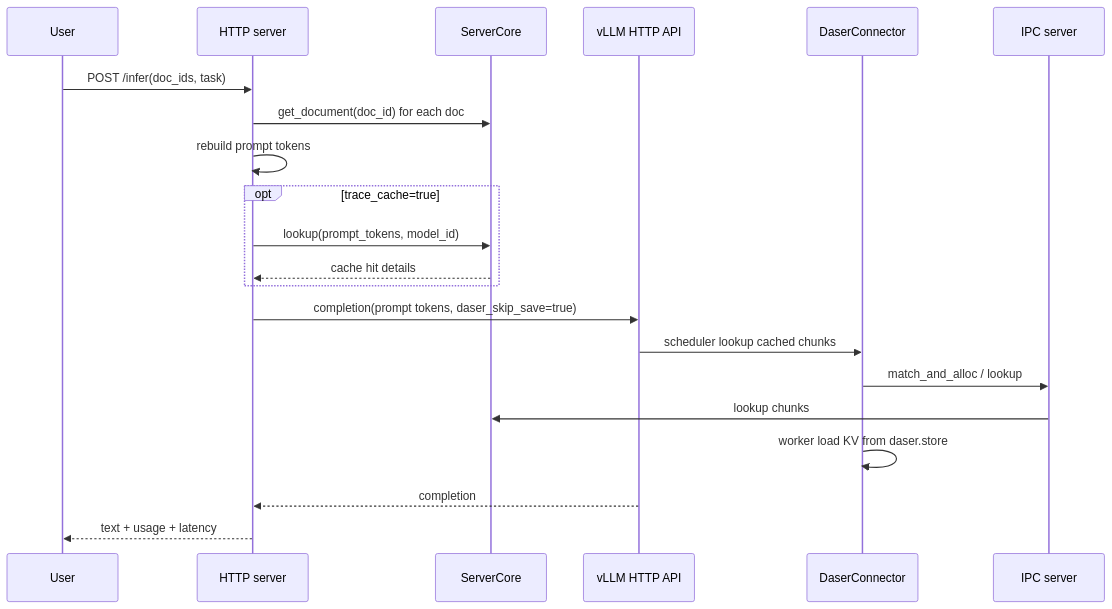
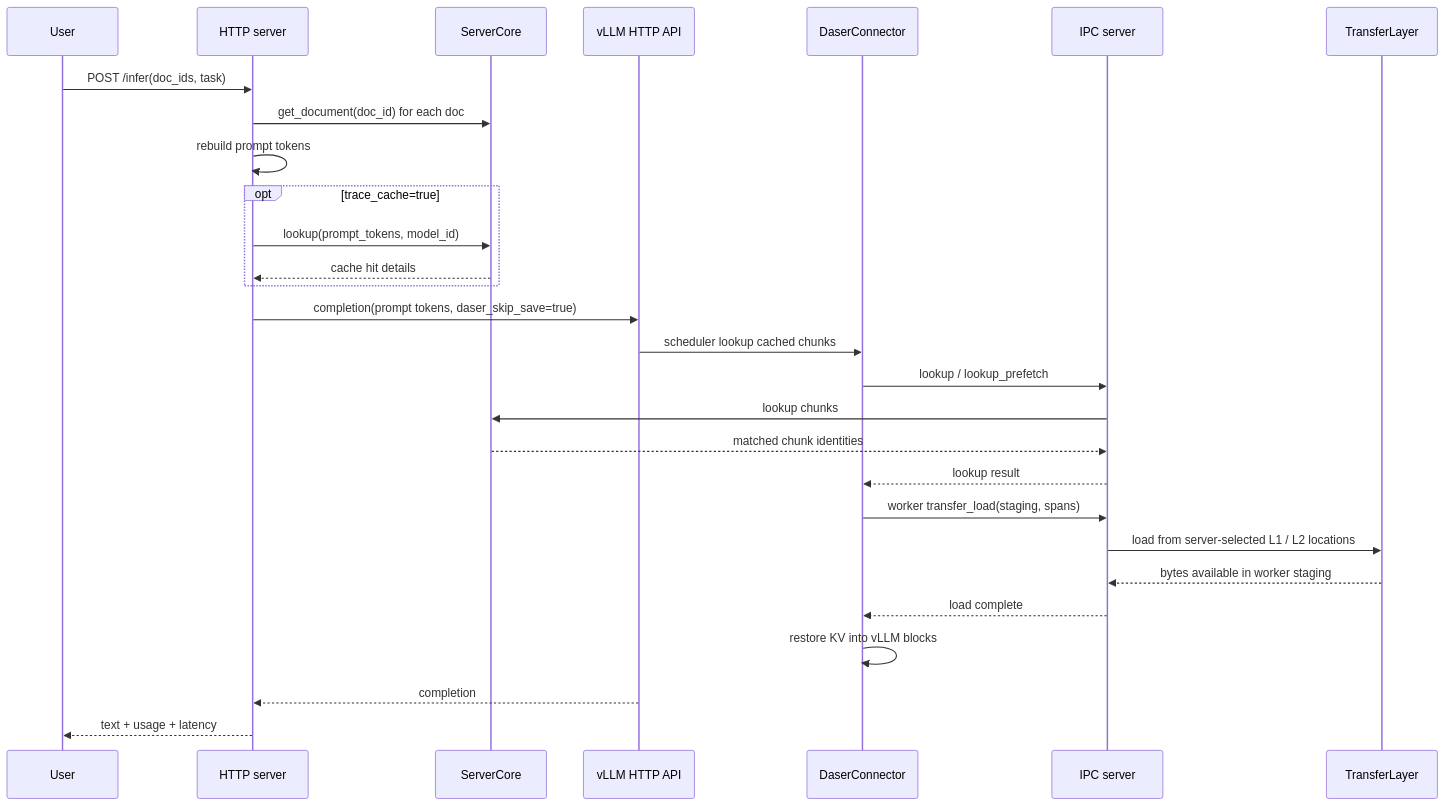
Before and after one commit to 7774596/DaseR: the second of 8 diagrams in docs/design/flows.md, drawn with Mermaid. The commit also changed other lines of this file and 11 other files, not shown here.

First line of the commit message:
docs(server): sync architecture and design documentation

````diff
--- a/docs/design/flows.md
+++ b/docs/design/flows.md
@@ -42,24 +48,31 @@
 ```mermaid
 sequenceDiagram
     participant U as User
     participant HTTP as HTTP server
     participant C as ServerCore
     participant V as vLLM HTTP API
     participant DC as DaserConnector
     participant IPC as IPC server
+    participant TL as TransferLayer
 
     U->>HTTP: POST /infer(doc_ids, task)
     HTTP->>C: get_document(doc_id) for each doc
     HTTP->>HTTP: rebuild prompt tokens
     opt trace_cache=true
         HTTP->>C: lookup(prompt_tokens, model_id)
         C-->>HTTP: cache hit details
     end
     HTTP->>V: completion(prompt tokens, daser_skip_save=true)
     V->>DC: scheduler lookup cached chunks
-    DC->>IPC: match_and_alloc / lookup
+    DC->>IPC: lookup / lookup_prefetch
     IPC->>C: lookup chunks
-    DC->>DC: worker load KV from daser.store
+    C-->>IPC: matched chunk identities
+    IPC-->>DC: lookup result
+    DC->>IPC: worker transfer_load(staging, spans)
+    IPC->>TL: load from server-selected L1 / L2 locations
+    TL-->>IPC: bytes available in worker staging
+    IPC-->>DC: load complete
+    DC->>DC: restore KV into vLLM blocks
     V-->>HTTP: completion
     HTTP-->>U: text + usage + latency
 ```
````
